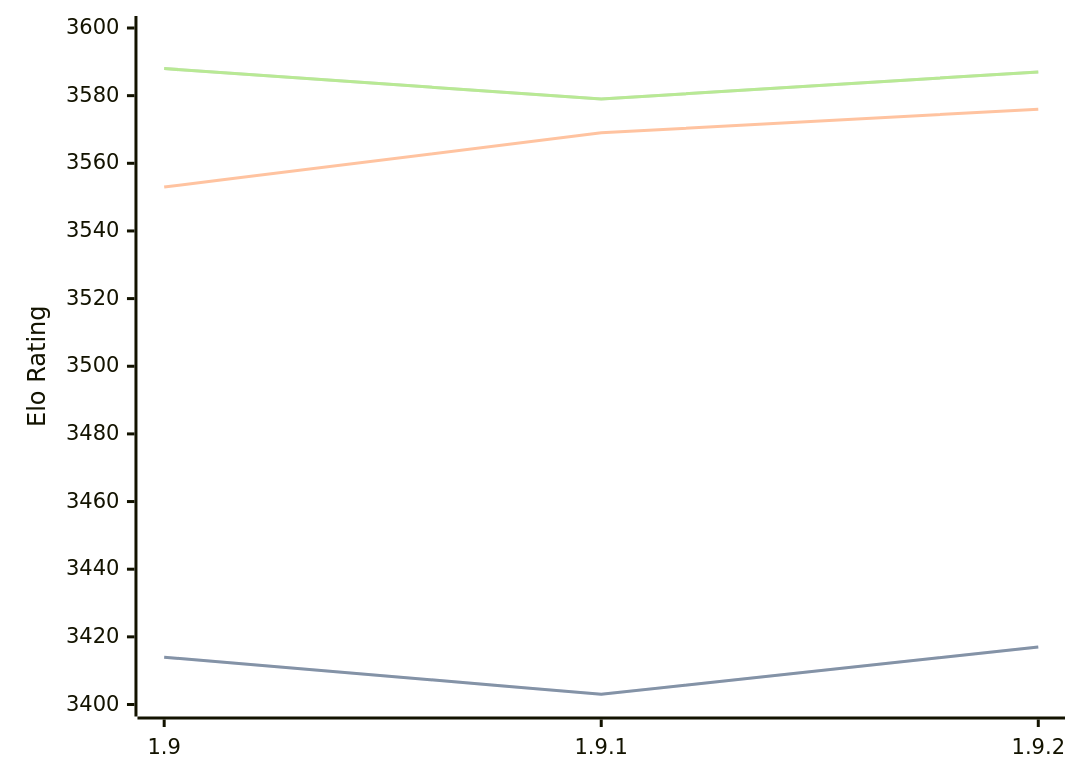
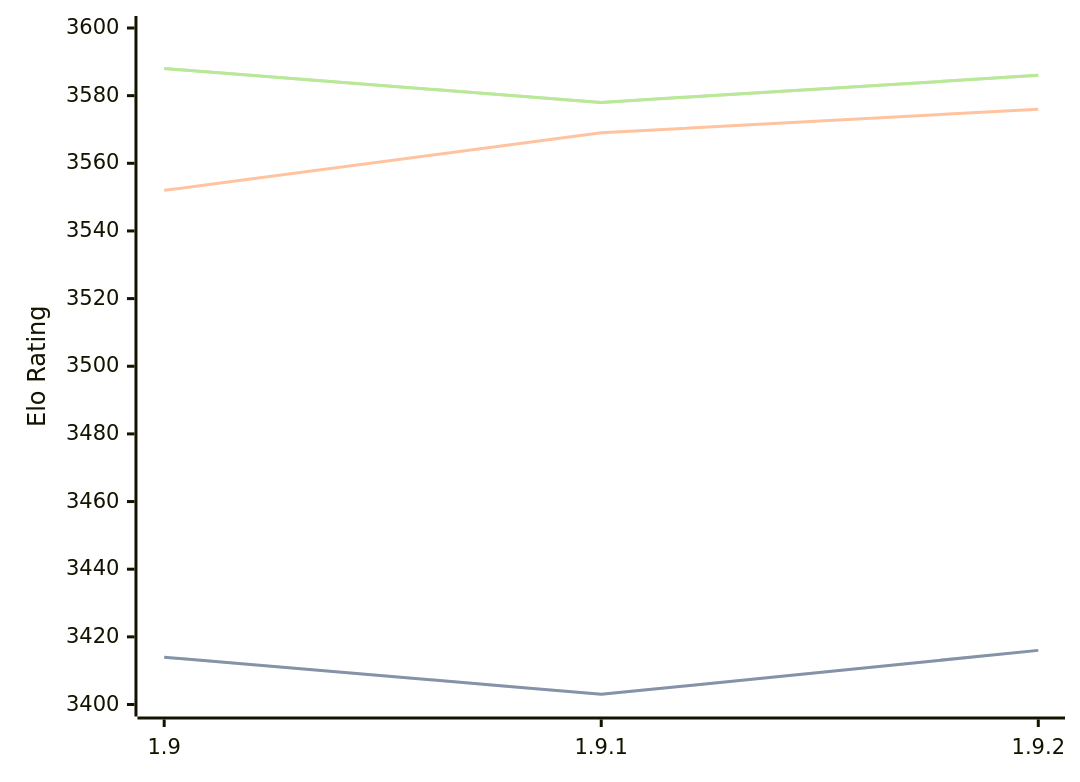
The diagram in engines/Pawnocchio.md (computer-chess-index/cci), drawn with Mermaid before and after one commit. The commit also changed other lines of this file, not shown here.

Commit message:
Update CCI Ratings (ELO VLTC) - 2026-03-09

````diff
--- a/engines/Pawnocchio.md
+++ b/engines/Pawnocchio.md
@@ -46,11 +46,11 @@
 ```mermaid
 %%{init: {"theme":"base","themeVariables":{"seriesColors:['#a3a3a3','#222221','#faa371']}}}%%
 xychart-beta
   x-axis ["1.9", "1.9.1", "1.9.2"]
   y-axis "Elo Rating" 3400 --> 3600
-  line "STC (8.0+0.08s)" [3414, 3403, 3417]
-  line "STC (8.0+0.08s)" [3414, 3403, 3417]
-  line "LTC (60.0+0.60s)" [3553, 3569, 3576]
-  line "VLTC (2m24s+1.12s)" [3588, 3579, 3587]
-  line "VLTC (2m24s+1.12s)" [3588, 3579, 3587]
+  line "STC (8.0+0.08s)" [3414, 3403, 3416]
+  line "STC (8.0+0.08s)" [3414, 3403, 3416]
+  line "LTC (60.0+0.60s)" [3552, 3569, 3576]
+  line "VLTC (2m24s+1.12s)" [3588, 3578, 3586]
+  line "VLTC (2m24s+1.12s)" [3588, 3578, 3586]
 ```
````
